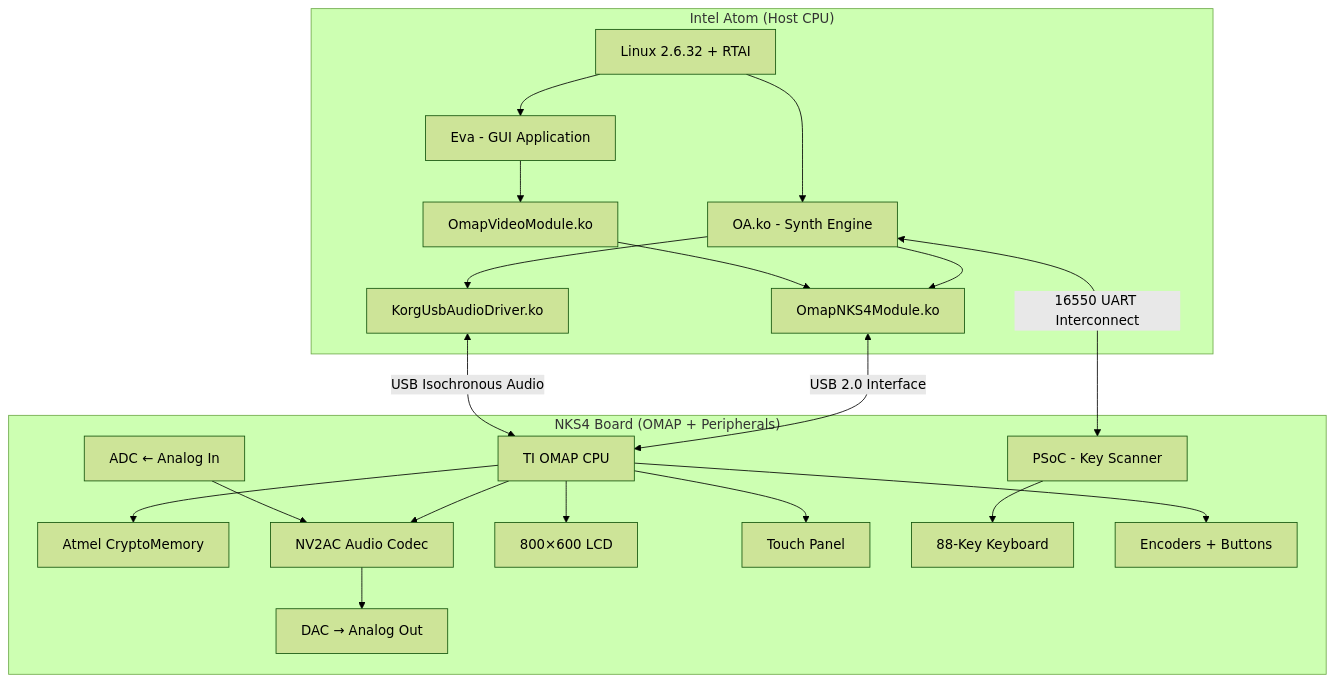
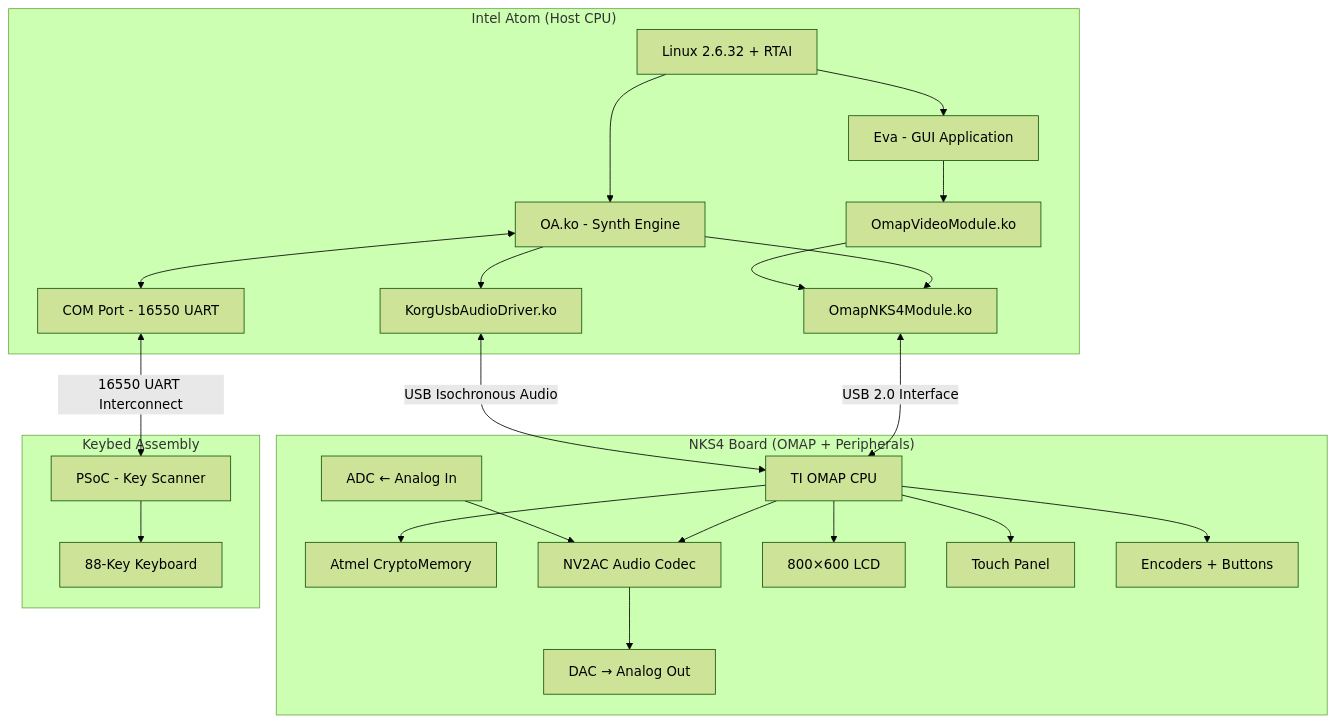
Before and after one commit to metaneutrons/kronos: the diagram in docs/img/architecture-original.mmd, drawn with Mermaid (forest theme). The commit also changed 11 other files, not shown here.

Commit message:
docs: port documentation improvements and diagram syntax fixes from master

```diff
--- a/docs/img/architecture-original.mmd
+++ b/docs/img/architecture-original.mmd
@@ -1,42 +1,47 @@
 graph TB
     subgraph "Intel Atom (Host CPU)"
         KERNEL[Linux 2.6.32 + RTAI]
         OA[OA.ko - Synth Engine]
         EVA[Eva - GUI Application]
         NKS4MOD[OmapNKS4Module.ko]
         VIDMOD[OmapVideoModule.ko]
         AUDIODRV[KorgUsbAudioDriver.ko]
+        COMPORT[COM Port - 16550 UART]
     end
 
     subgraph "NKS4 Board (OMAP + Peripherals)"
         OMAP[TI OMAP CPU]
         ATMEL[Atmel CryptoMemory]
         NV2AC[NV2AC Audio Codec]
         LCD[800×600 LCD]
         TOUCH[Touch Panel]
-        PSOC[PSoC - Key Scanner]
-        KEYS[88-Key Keyboard]
         ENCODERS[Encoders + Buttons]
         DAC[DAC → Analog Out]
         ADC[ADC ← Analog In]
+    end
+
+    subgraph "Keybed Assembly"
+        PSOC[PSoC - Key Scanner]
+        KEYS[88-Key Keyboard]
     end
 
     KERNEL --> OA
     KERNEL --> EVA
     OA --> NKS4MOD
     OA --> AUDIODRV
     EVA --> VIDMOD
     VIDMOD --> NKS4MOD
+    OA <--> COMPORT
 
     NKS4MOD <-->|"USB 2.0 Interface"| OMAP
     AUDIODRV <-->|"USB Isochronous Audio"| OMAP
-    OA <-->|"16550 UART Interconnect"| PSOC
+    COMPORT <-->|"16550 UART Interconnect"| PSOC
 
     OMAP --> LCD
     OMAP --> ATMEL
     OMAP --> NV2AC
     OMAP --> TOUCH
     OMAP --> ENCODERS
     PSOC --> KEYS
     NV2AC --> DAC
     ADC --> NV2AC
```
